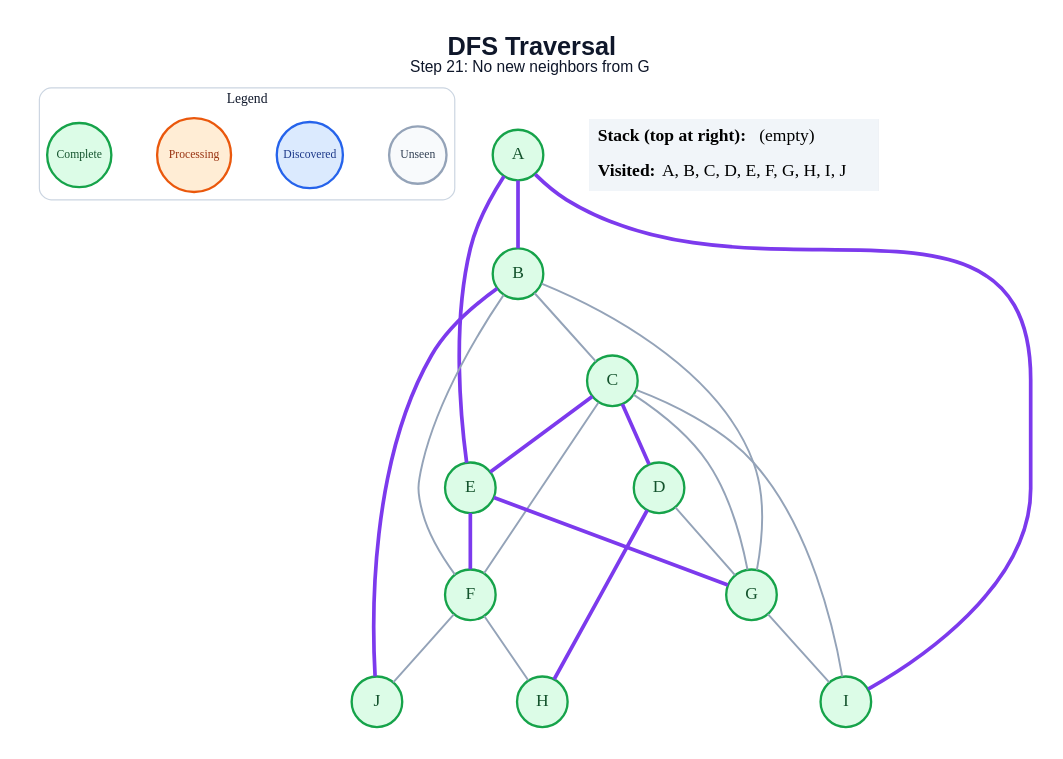
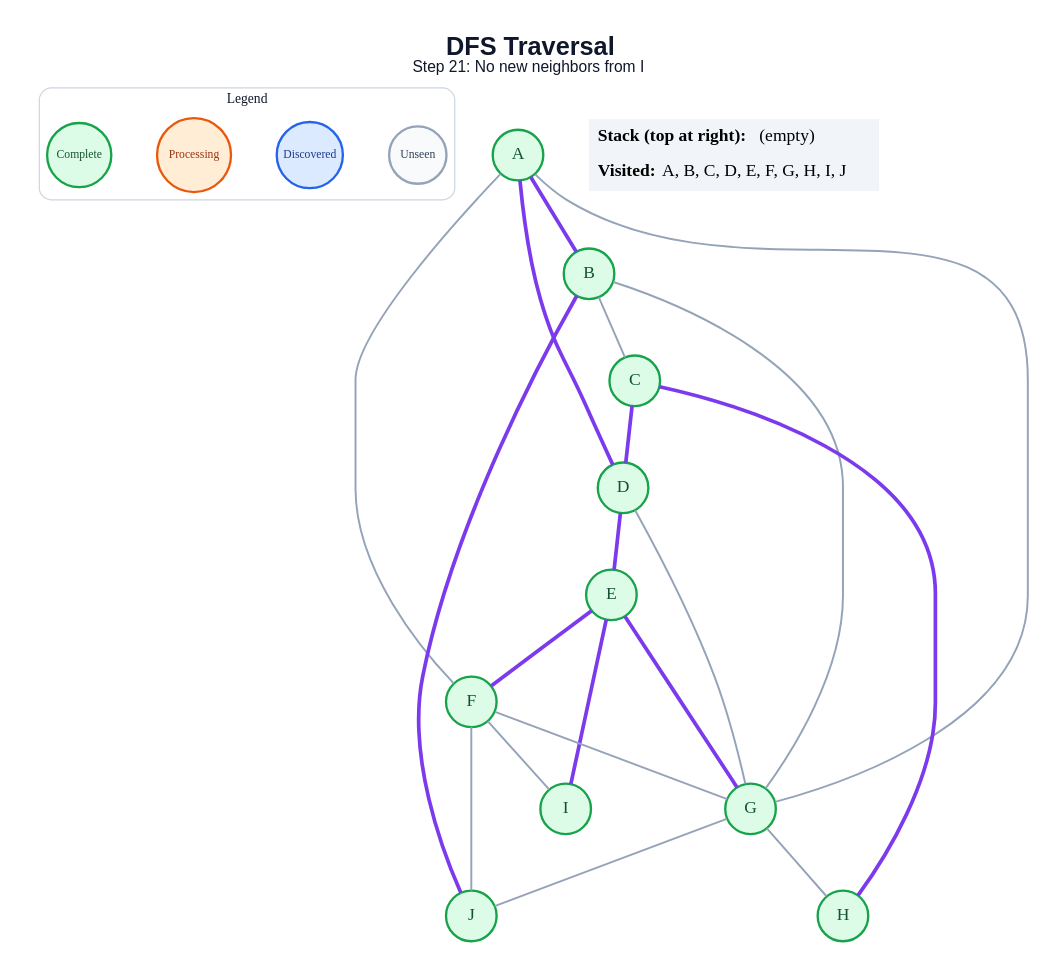
The diagram in generated/specific-node/dfs/step_21.dot (amanghodawala9/ai-slop), drawn with Graphviz before and after one commit. The commit also changed 178 other files, not shown here.

```diff
--- a/generated/specific-node/dfs/step_21.dot
+++ b/generated/specific-node/dfs/step_21.dot
@@ -1,48 +1,48 @@
 graph traversal {
   graph [layout=dot, rankdir=TB, bgcolor="#FFFFFF", pad="0.35", nodesep="0.65", ranksep="0.8", fontname="Arial"];
   node [shape=circle, style="filled", fontname="Arial Bold", fontsize=18, width=0.72, fixedsize=true, penwidth=2.4];
   edge [color="#94A3B8", penwidth=2.0];
-  label=<<B>DFS Traversal</B><BR/><FONT POINT-SIZE="16">Step 21: No new neighbors from G</FONT>>; labelloc="t"; fontsize=26; fontname="Arial"; fontcolor="#0F172A";
+  label=<<B>DFS Traversal</B><BR/><FONT POINT-SIZE="16">Step 21: No new neighbors from I</FONT>>; labelloc="t"; fontsize=26; fontname="Arial"; fontcolor="#0F172A";
   subgraph cluster_legend { label="Legend"; color="#CBD5E1"; penwidth=1.2; style="rounded"; fontsize=14; fontname="Arial Bold";
     key_unseen [label="Unseen", fillcolor="#F8FAFC", color="#94A3B8", fontcolor="#334155", fontsize=12, width=0.82];
     key_frontier [label="Discovered", fillcolor="#DBEAFE", color="#2563EB", fontcolor="#1E3A8A", fontsize=12, width=0.95];
     key_current [label="Processing", fillcolor="#FFEDD5", color="#EA580C", fontcolor="#9A3412", fontsize=12, width=1.05];
     key_done [label="Complete", fillcolor="#DCFCE7", color="#16A34A", fontcolor="#14532D", fontsize=12, width=0.92];
     { rank=same; key_unseen; key_frontier; key_current; key_done; }
   }
   A [fillcolor="#DCFCE7", color="#16A34A", fontcolor="#14532D"];
   B [fillcolor="#DCFCE7", color="#16A34A", fontcolor="#14532D"];
   C [fillcolor="#DCFCE7", color="#16A34A", fontcolor="#14532D"];
   D [fillcolor="#DCFCE7", color="#16A34A", fontcolor="#14532D"];
   E [fillcolor="#DCFCE7", color="#16A34A", fontcolor="#14532D"];
   F [fillcolor="#DCFCE7", color="#16A34A", fontcolor="#14532D"];
   G [fillcolor="#DCFCE7", color="#16A34A", fontcolor="#14532D"];
   H [fillcolor="#DCFCE7", color="#16A34A", fontcolor="#14532D"];
   I [fillcolor="#DCFCE7", color="#16A34A", fontcolor="#14532D"];
   J [fillcolor="#DCFCE7", color="#16A34A", fontcolor="#14532D"];
   A -- B [color="#7C3AED", penwidth=3.8];
-  A -- E [color="#7C3AED", penwidth=3.8];
-  A -- I [color="#7C3AED", penwidth=3.8];
+  A -- D [color="#7C3AED", penwidth=3.8];
+  A -- F;
+  A -- G;
   B -- C;
-  B -- F;
   B -- G;
   B -- J [color="#7C3AED", penwidth=3.8];
   C -- D [color="#7C3AED", penwidth=3.8];
-  C -- E [color="#7C3AED", penwidth=3.8];
-  C -- F;
-  C -- G;
-  C -- I;
+  C -- H [color="#7C3AED", penwidth=3.8];
+  D -- E [color="#7C3AED", penwidth=3.8];
   D -- G;
-  D -- H [color="#7C3AED", penwidth=3.8];
   E -- F [color="#7C3AED", penwidth=3.8];
   E -- G [color="#7C3AED", penwidth=3.8];
-  F -- H;
+  E -- I [color="#7C3AED", penwidth=3.8];
+  F -- G;
+  F -- I;
   F -- J;
-  G -- I;
+  G -- H;
+  G -- J;
   status [shape=plain, fixedsize=false, width=0, height=0, margin=0, label=<
     <TABLE BORDER="0" CELLBORDER="0" CELLPADDING="7" BGCOLOR="#F1F5F9">
       <TR><TD ALIGN="LEFT"><B>Stack (top at right):</B> (empty)</TD></TR>
       <TR><TD ALIGN="LEFT"><B>Visited:</B> A, B, C, D, E, F, G, H, I, J</TD></TR>
     </TABLE>
   >];
 }
```
